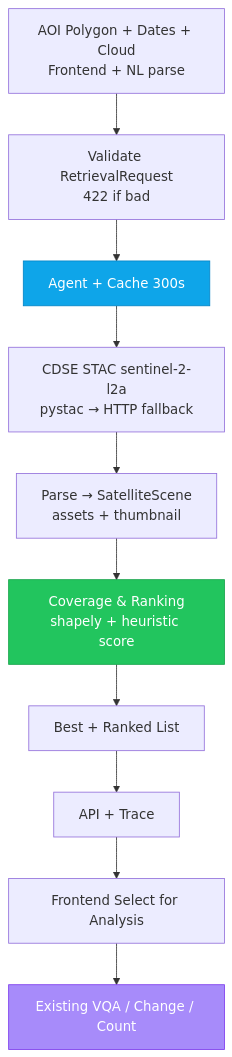
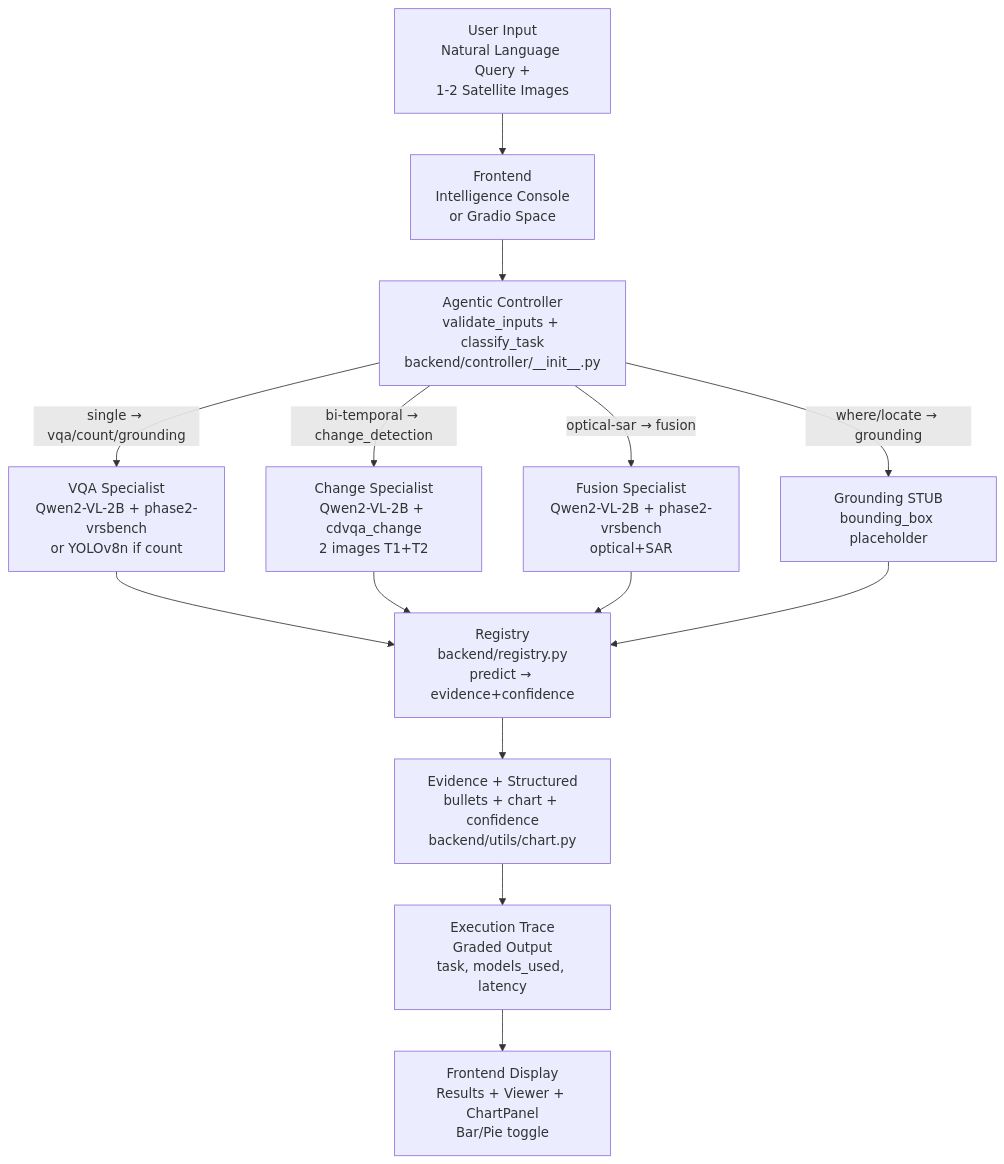
The diagram in README.md (awdtyo/SatQueryAI-SIH26), drawn with Mermaid before and after one commit. The commit also changed other lines of this file and 40 other files, not shown here.

````diff
--- a/README.md
+++ b/README.md
@@ -242,16 +158,16 @@
 ```mermaid
 flowchart TD
-    A[AOI Polygon + Dates + Cloud<br/>Frontend + NL parse] --> B[Validate RetrievalRequest<br/>422 if bad]
-    B --> C[Agent + Cache 300s]
-    C --> D[CDSE STAC sentinel-2-l2a<br/>pystac → HTTP fallback]
-    D --> E[Parse → SatelliteScene<br/>assets + thumbnail]
-    E --> F[Coverage & Ranking<br/>shapely + heuristic score]
-    F --> G[Best + Ranked List]
-    G --> H[API + Trace]
-    H --> I[Frontend Select for Analysis]
-    I --> J[Existing VQA / Change / Count]
-
-    style C fill:#0ea5e9,stroke:#0284c7,color:#fff
-    style F fill:#22c55e,stroke:#16a34a,color:#fff
-    style J fill:#a78bfa,stroke:#7c3aed,color:#fff
+    A[User Input<br/>Natural Language Query +<br/>1-2 Satellite Images] --> B[Frontend<br/>Intelligence Console<br/>or Gradio Space]
+    B --> C[Agentic Controller<br/>validate_inputs + classify_task<br/>backend/controller/__init__.py]
+    C -->|single → vqa/count/grounding| D1[VQA Specialist<br/>Qwen2-VL-2B + phase2-vrsbench<br/>or YOLOv8n if count]
+    C -->|bi-temporal → change_detection| D2[Change Specialist<br/>Qwen2-VL-2B + cdvqa_change<br/>2 images T1+T2]
+    C -->|optical-sar → fusion| D3[Fusion Specialist<br/>Qwen2-VL-2B + phase2-vrsbench<br/>optical+SAR]
+    C -->|where/locate → grounding| D4[Grounding STUB<br/>bounding_box placeholder]
+    D1 --> E[Registry<br/>backend/registry.py<br/>predict → evidence+confidence]
+    D2 --> E
+    D3 --> E
+    D4 --> E
+    E --> F[Evidence + Structured<br/>bullets + chart + confidence<br/>backend/utils/chart.py]
+    F --> G[Execution Trace<br/>Graded Output<br/>task, models_used, latency]
+    G --> H[Frontend Display<br/>Results + Viewer + ChartPanel<br/>Bar/Pie toggle]
 ```
````
